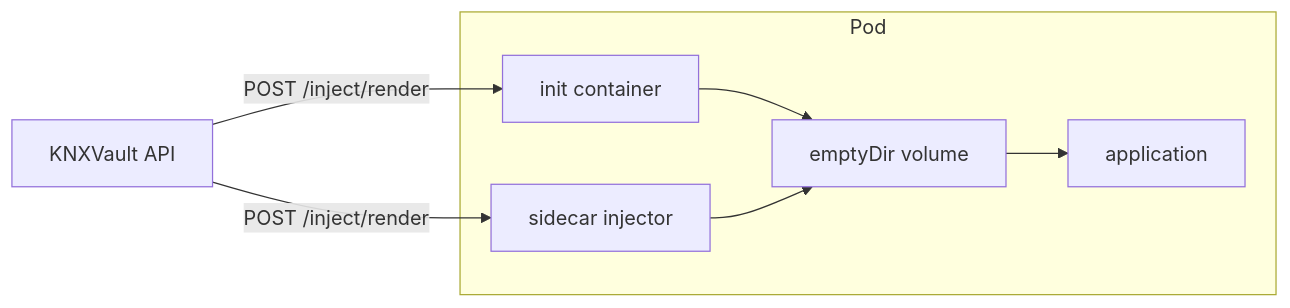
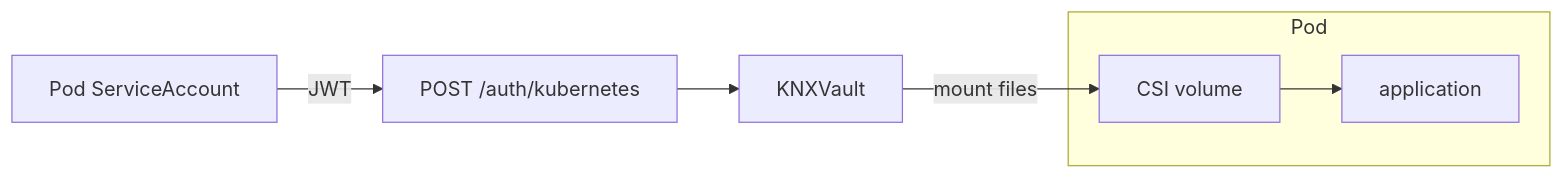
Before and after one commit to kubenexis/knxvault: the seventh of 8 diagrams in docs/architecture/diagrams.md, drawn with Mermaid. The commit also changed other lines of this file and 13 other files, not shown here.

First line of the commit message:
docs: refresh architecture, design, admin, and user guides

````diff
--- a/docs/architecture/diagrams.md
+++ b/docs/architecture/diagrams.md
@@ -117,15 +179,12 @@
 ```mermaid
 graph LR
     subgraph Pod
-        Init[init container]
-        Side[sidecar injector]
+        CSI[CSI volume]
         App[application]
-        Vol[emptyDir volume]
     end
 
-    KNX[KNXVault API] -->|POST /inject/render| Init
-    KNX -->|POST /inject/render| Side
-    Init --> Vol
-    Side --> Vol
-    Vol --> App
+    SA[Pod ServiceAccount] -->|JWT| Auth[POST /auth/kubernetes]
+    Auth --> KNX[KNXVault]
+    KNX -->|mount files| CSI
+    CSI --> App
 ```
````
